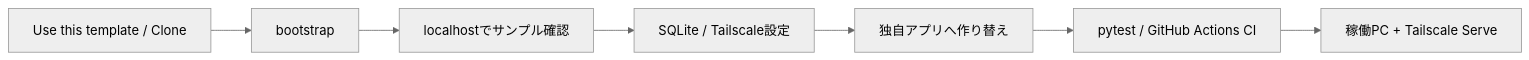
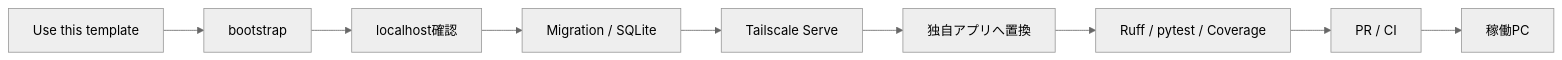
The first of 8 diagrams in README.md (k-systems202208/python-sqlite-tailscale-webapp-template), drawn with Mermaid (neutral theme) before and after one commit. The commit also changed other lines of this file and 42 other files, not shown here.

````diff
--- a/README.md
+++ b/README.md
@@ -9,9 +9,11 @@
 ```mermaid
 flowchart LR
-    A["Use this template / Clone"] --> B["bootstrap"]
-    B --> C["localhostでサンプル確認"]
-    C --> D["SQLite / Tailscale設定"]
-    D --> E["独自アプリへ作り替え"]
-    E --> F["pytest / GitHub Actions CI"]
-    F --> G["稼働PC + Tailscale Serve"]
+    A["Use this template"] --> B["bootstrap"]
+    B --> C["localhost確認"]
+    C --> D["Migration / SQLite"]
+    D --> E["Tailscale Serve"]
+    E --> F["独自アプリへ置換"]
+    F --> Q["Ruff / pytest / Coverage"]
+    Q --> G["PR / CI"]
+    G --> H["稼働PC"]
 ```
````
